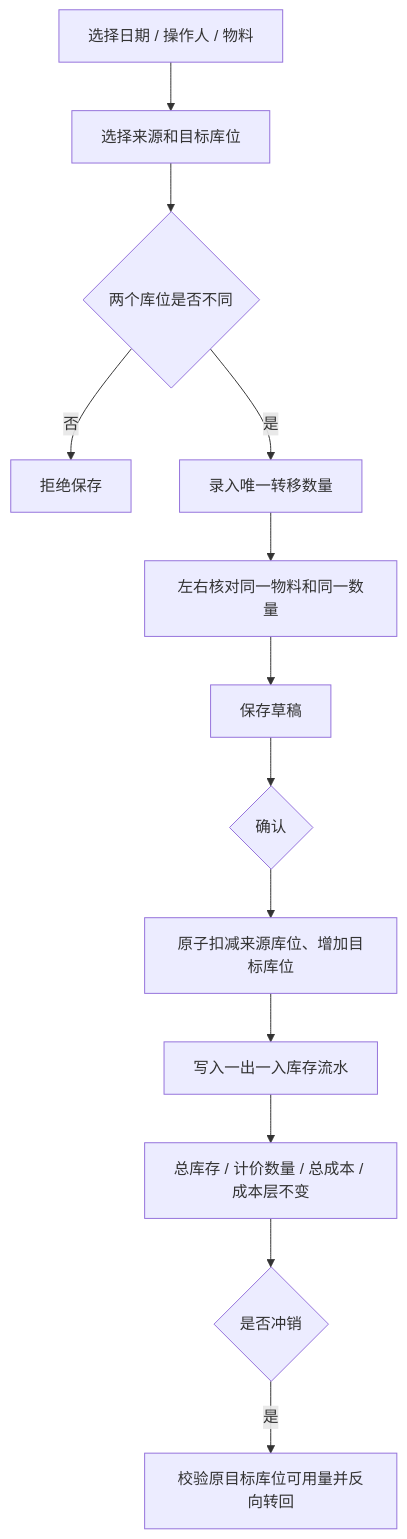
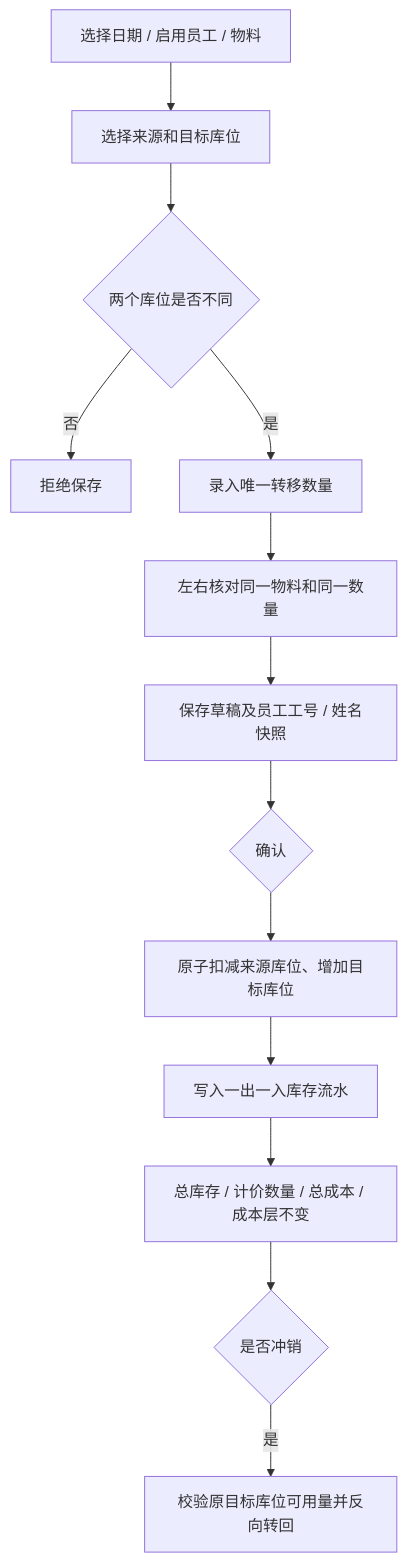
Diagram 11 of 17 in docs/minierp/system-function-flow.md (goldf2/mes-lite), drawn with Mermaid before and after one commit. The commit also changed other lines of this file and 29 other files, not shown here.

````diff
--- a/docs/minierp/system-function-flow.md
+++ b/docs/minierp/system-function-flow.md
@@ -354,15 +360,15 @@
 ```mermaid
 flowchart TD
-  A["选择日期 / 操作人 / 物料"] --> B["选择来源和目标库位"]
+  A["选择日期 / 启用员工 / 物料"] --> B["选择来源和目标库位"]
   B --> C{"两个库位是否不同"}
   C -->|否| X["拒绝保存"]
   C -->|是| D["录入唯一转移数量"]
   D --> E["左右核对同一物料和同一数量"]
-  E --> F["保存草稿"]
+  E --> F["保存草稿及员工工号 / 姓名快照"]
   F --> G{"确认"}
   G --> H["原子扣减来源库位、增加目标库位"]
   H --> I["写入一出一入库存流水"]
   I --> J["总库存 / 计价数量 / 总成本 / 成本层不变"]
   J --> K{"是否冲销"}
   K -->|是| L["校验原目标库位可用量并反向转回"]
 ```
````
